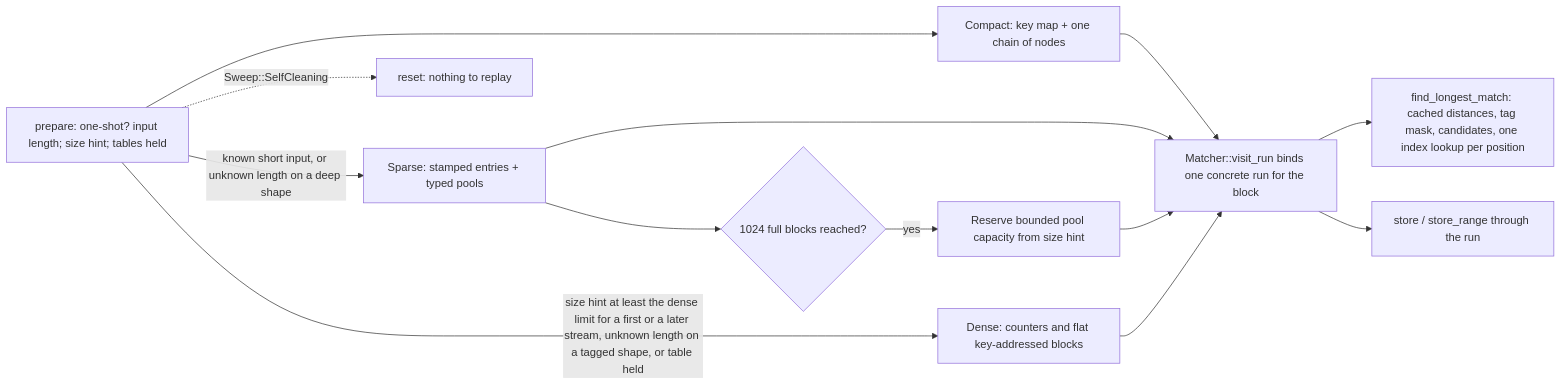
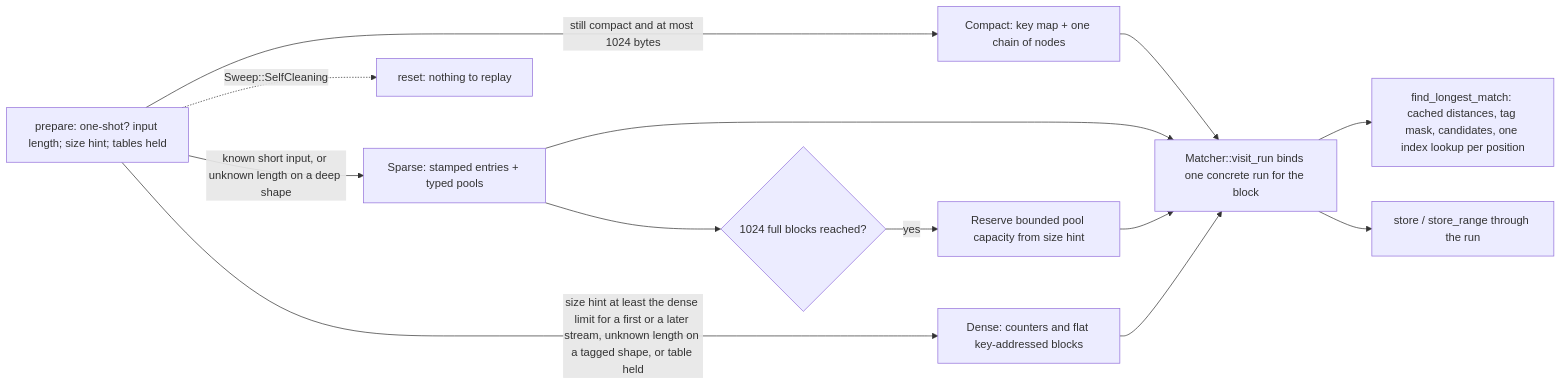
One commit to Mnwa/mbrotli changed the fourth of 12 diagrams in architecture/greedy-encoder.md. Above: the diagram before and after it, drawn with Mermaid. The commit also changed other lines of this file and 4 other files, not shown here.

````diff
--- a/architecture/greedy-encoder.md
+++ b/architecture/greedy-encoder.md
@@ -306,15 +337,15 @@
 ```mermaid
 flowchart LR
-    prepare[prepare: one-shot? input length; size hint; tables held] --> compact[Compact: key map + one chain of nodes]
+    prepare[prepare: one-shot? input length; size hint; tables held] -->|still compact and at most 1024 bytes| compact[Compact: key map + one chain of nodes]
     prepare -->|known short input, or unknown length on a deep shape| sparse[Sparse: stamped entries + typed pools]
     prepare -->|size hint at least the dense limit for a first or a later stream, unknown length on a tagged shape, or table held| dense[Dense: counters and flat key-addressed blocks]
     compact --> run[Matcher::visit_run binds one concrete run for the block]
     sparse --> run
     sparse --> promoted{1024 full blocks reached?}
     promoted -->|yes| reserve[Reserve bounded pool capacity from size hint]
     reserve --> run
     dense --> run
     run --> search[find_longest_match: cached distances, tag mask, candidates, one index lookup per position]
     run --> store[store / store_range through the run]
     prepare -. Sweep::SelfCleaning .-> reset[reset: nothing to replay]
 ```
````
